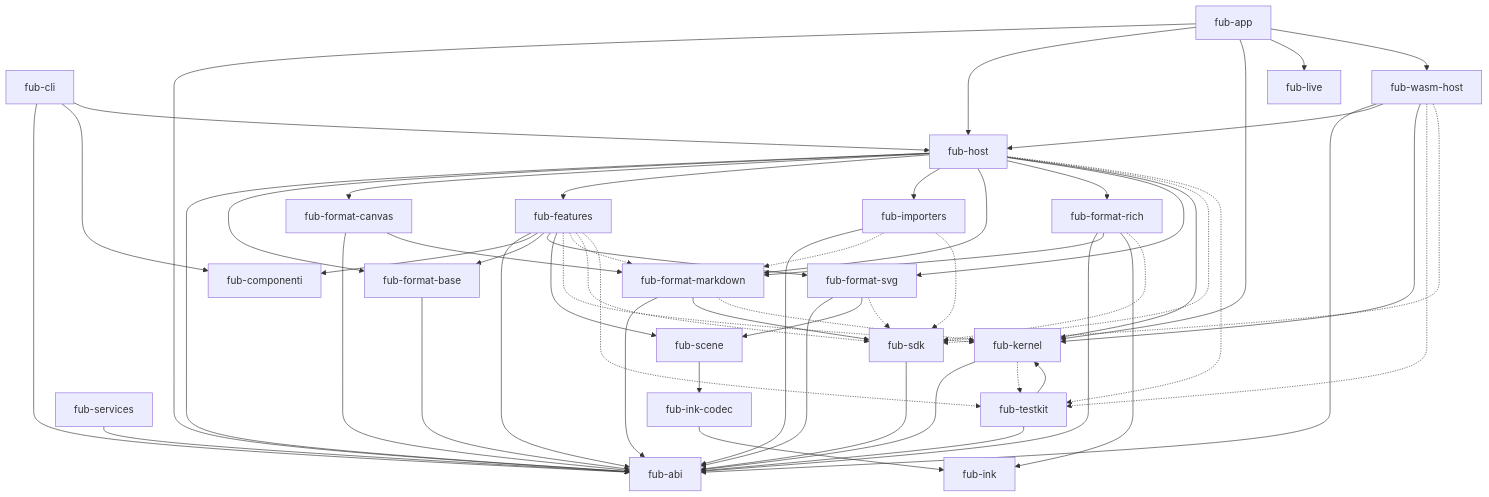
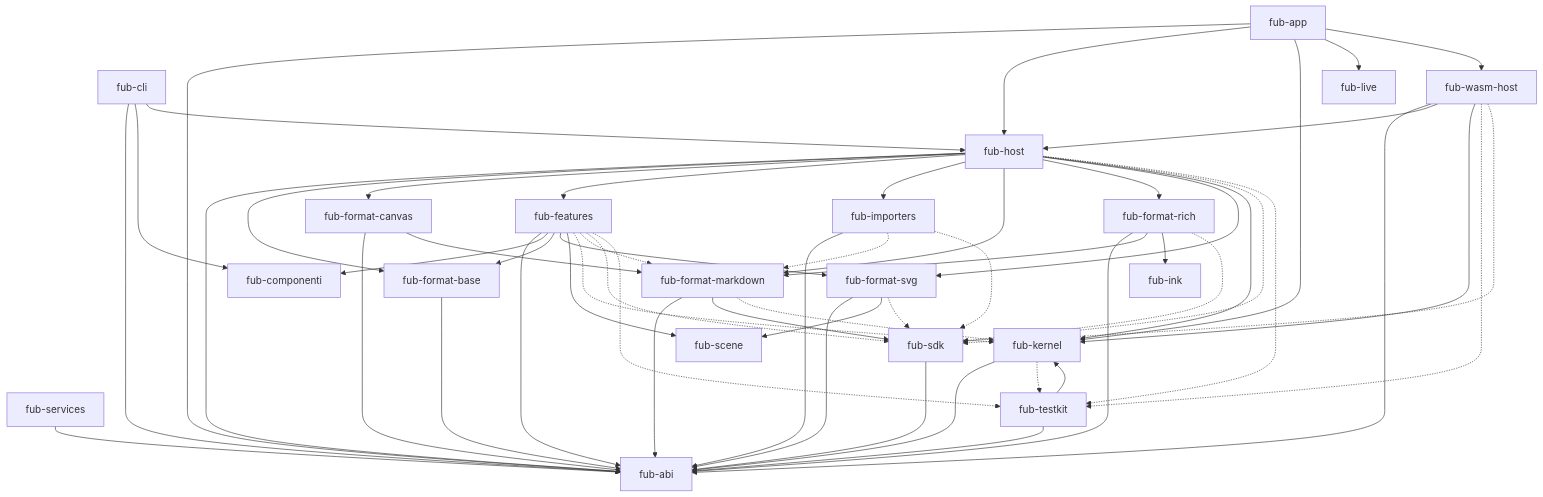
The first of 6 diagrams in docs/architecture/overview.md (Fubeo/Fub), drawn with Mermaid before and after one commit. The commit also changed other lines of this file, not shown here.

Commit message:
docs(ink-codec): il codec in un blocco suo del grafo, il primo resta a 20 nodi

```diff
--- a/docs/architecture/overview.md
+++ b/docs/architecture/overview.md
@@ -40,7 +40,6 @@
     svg["fub-format-svg"]
     scene["fub-scene"]
     ink["fub-ink"]
-    inkcodec["fub-ink-codec"]
     componenti["fub-componenti"]
     rich["fub-format-rich"]
     importers["fub-importers"]
@@ -87,8 +86,6 @@
     markdown --> sdk
     svg --> abi
     svg --> scene
-    scene --> inkcodec
-    inkcodec --> ink
     wasmhost --> abi
     wasmhost --> host
     wasmhost --> kernel
```
